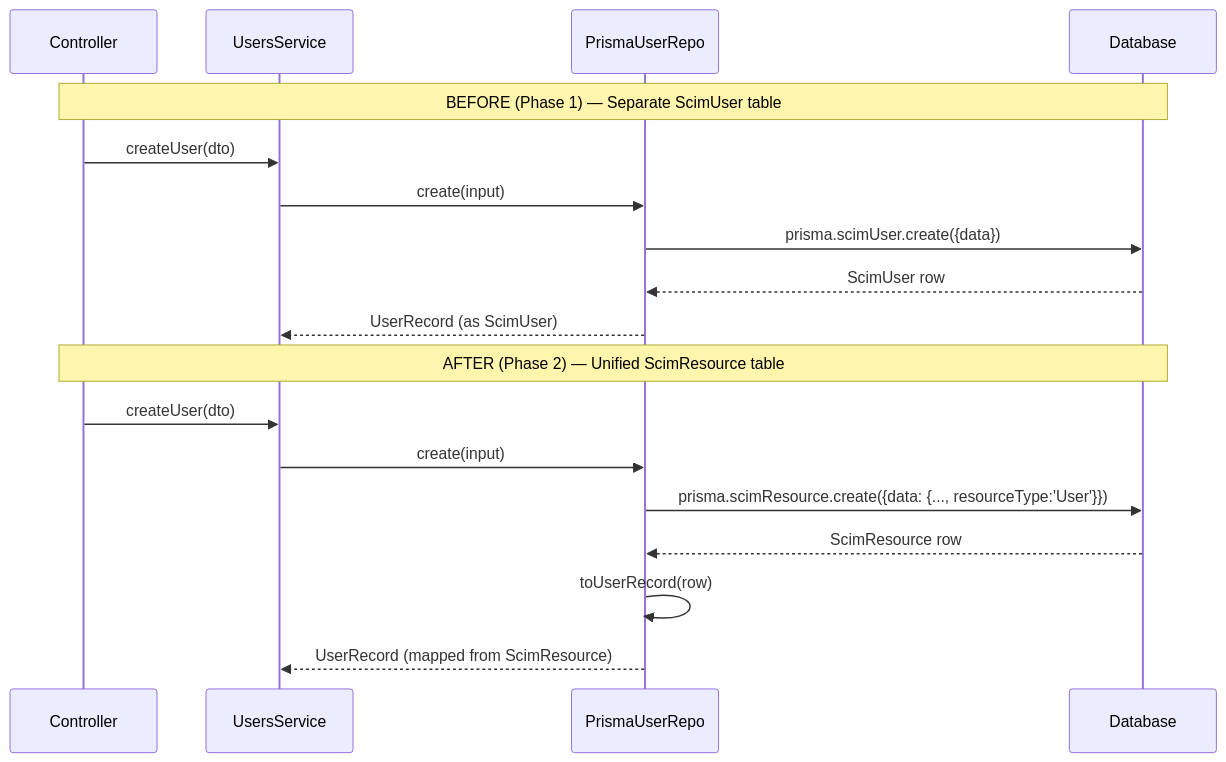
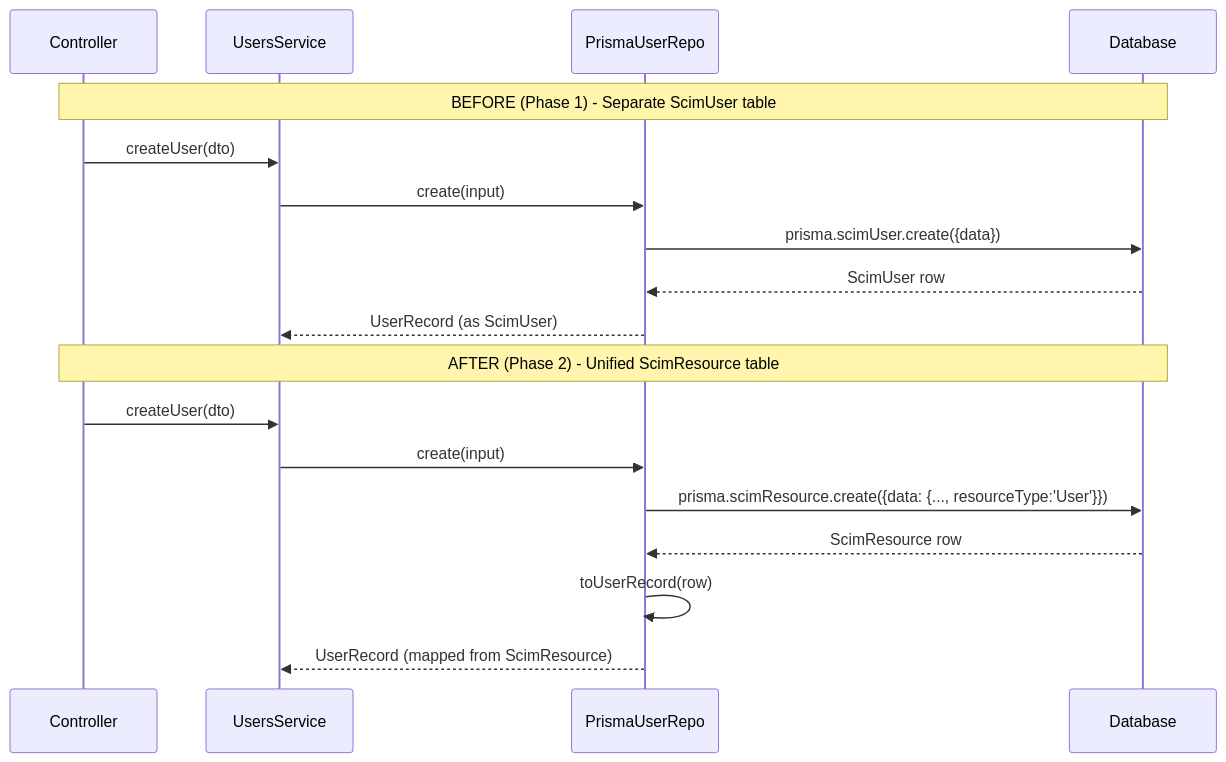
One commit to pranems/SCIMServer changed the diagram in docs/phases/PHASE_02_UNIFIED_RESOURCE_TABLE.md. Above: the diagram before and after it, drawn with Mermaid. The commit also changed other lines of this file and 337 other files, not shown here.

````diff
--- a/docs/phases/PHASE_02_UNIFIED_RESOURCE_TABLE.md
+++ b/docs/phases/PHASE_02_UNIFIED_RESOURCE_TABLE.md
@@ -131,22 +131,22 @@
 ```mermaid
 sequenceDiagram
     participant C as Controller
     participant S as UsersService
     participant R as PrismaUserRepo
     participant DB as Database
 
-    Note over C,DB: BEFORE (Phase 1) — Separate ScimUser table
+    Note over C,DB: BEFORE (Phase 1) - Separate ScimUser table
     C->>S: createUser(dto)
     S->>R: create(input)
     R->>DB: prisma.scimUser.create({data})
     DB-->>R: ScimUser row
     R-->>S: UserRecord (as ScimUser)
 
-    Note over C,DB: AFTER (Phase 2) — Unified ScimResource table
+    Note over C,DB: AFTER (Phase 2) - Unified ScimResource table
     C->>S: createUser(dto)
     S->>R: create(input)
     R->>DB: prisma.scimResource.create({data: {..., resourceType:'User'}})
     DB-->>R: ScimResource row
     R->>R: toUserRecord(row)
     R-->>S: UserRecord (mapped from ScimResource)
 ```
````
